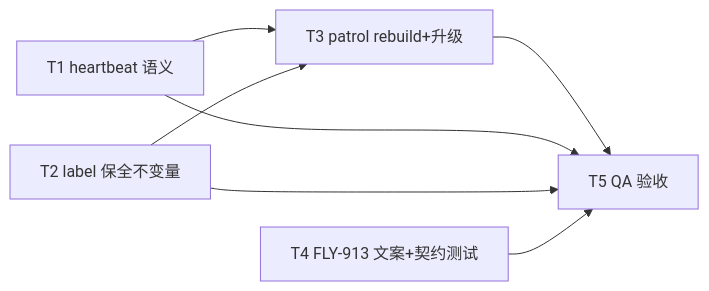
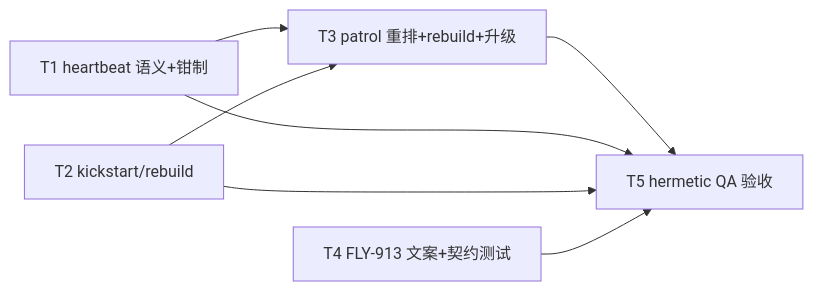
Before and after one commit to xrliAnnie/flywheel-qa-sandbox: the diagram in engineering/doc/FLY-2207-cmux-watcher-lifecycle/plan.md, drawn with Mermaid. The commit also changed other lines of this file and 3 other files, not shown here.

````diff
--- a/engineering/doc/FLY-2207-cmux-watcher-lifecycle/plan.md
+++ b/engineering/doc/FLY-2207-cmux-watcher-lifecycle/plan.md
@@ -163,10 +230,10 @@
 ```mermaid
 graph LR
-    T1[T1 heartbeat 语义] --> T3[T3 patrol rebuild+升级]
-    T2[T2 label 保全不变量] --> T3
+    T1[T1 heartbeat 语义+钳制] --> T3[T3 patrol 重排+rebuild+升级]
+    T2[T2 kickstart/rebuild] --> T3
     T4[T4 FLY-913 文案+契约测试]
-    T3 --> T5[T5 QA 验收]
+    T3 --> T5[T5 hermetic QA 验收]
     T1 --> T5
     T2 --> T5
     T4 --> T5
 ```
````
